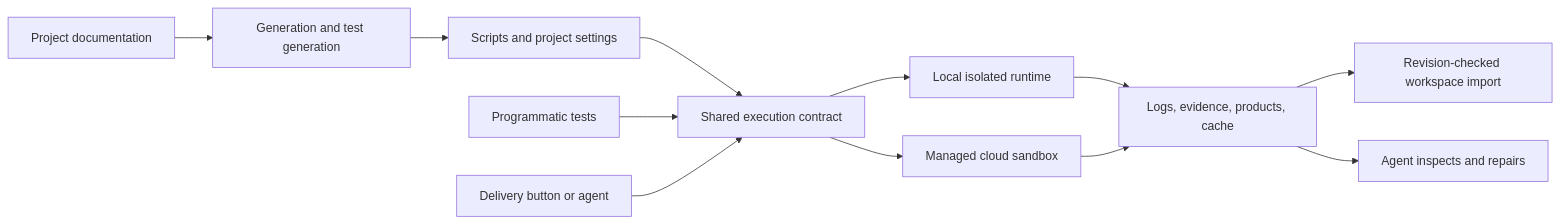
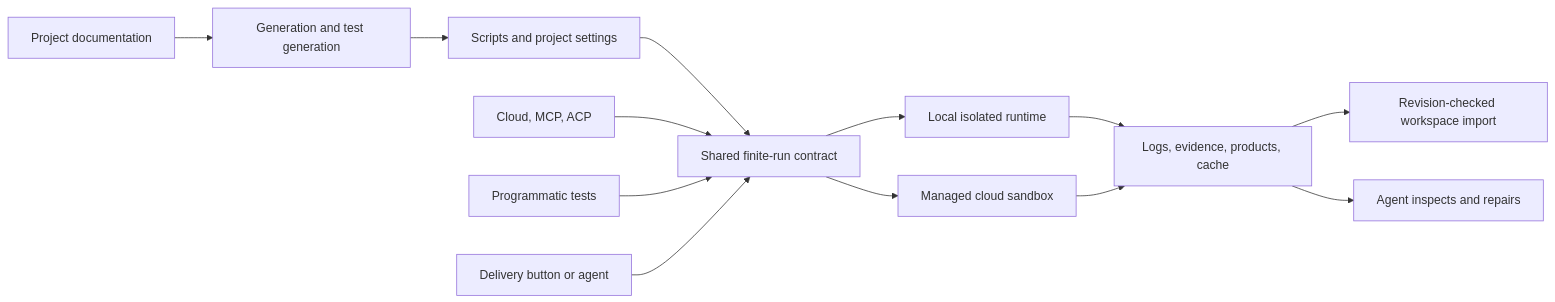
Before and after one commit to JazykOrg/Jazyk: the diagram in plans/runtime-delivery/README.md, drawn with Mermaid. The commit also changed other lines of this file and 12 other files, not shown here.

Commit message:
Revise runtime plan for finite runs across Cloud MCP and ACP

````diff
--- a/plans/runtime-delivery/README.md
+++ b/plans/runtime-delivery/README.md
@@ -28,14 +37,15 @@
 ```mermaid
 flowchart LR
   D[Project documentation] --> G[Generation and test generation]
   G --> C[Scripts and project settings]
-  C --> H[Shared execution contract]
+  C --> H[Shared finite-run contract]
+  I[Cloud, MCP, ACP] --> H
   T[Programmatic tests] --> H
   U[Delivery button or agent] --> H
   H --> L[Local isolated runtime]
   H --> R[Managed cloud sandbox]
   L --> E[Logs, evidence, products, cache]
   R --> E
   E --> W[Revision-checked workspace import]
   E --> A[Agent inspects and repairs]
 ```
````
